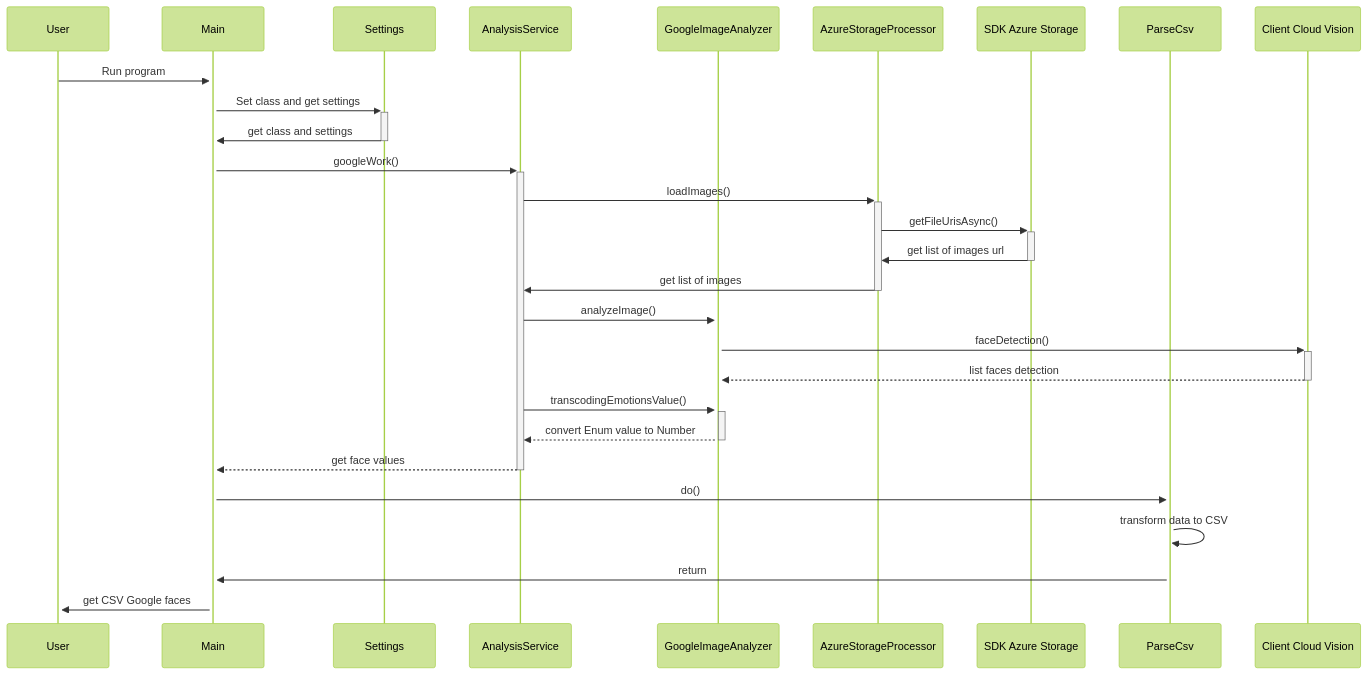
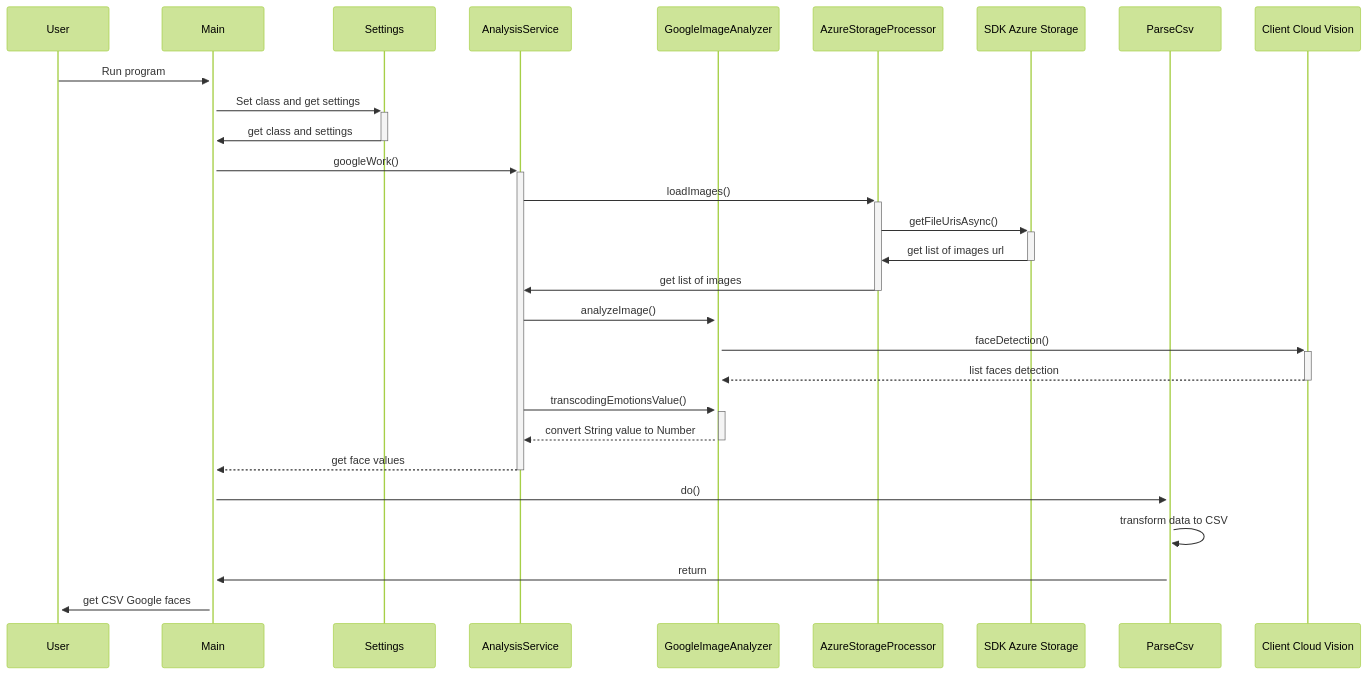
One commit to bslbar/face-recognition changed the diagram in diagrams/GoogleSequenceDiagram.md. Above: the diagram before and after it, drawn with Mermaid (forest theme). The commit also changed 1 other file, not shown here.

Commit message:
edit diagrams

````diff
--- a/diagrams/GoogleSequenceDiagram.md
+++ b/diagrams/GoogleSequenceDiagram.md
@@ -1,30 +1,30 @@
 ```mermaid
 sequenceDiagram
     participant U as User
     participant M as Main
     participant S as Settings
     participant AS as AnalysisService
     participant GIA as GoogleImageAnalyzer
     participant ASP as AzureStorageProcessor
     participant SDKSTORAGE as SDK Azure Storage
     participant PCSV as ParseCsv
     participant GOOGLE as Client Cloud Vision
 	U->>+M: Run program						
 	M->>+S: Set class and get settings 						
 	S->>-M: get class and settings							
 	M->>+AS: googleWork()						
 	AS->>+ASP: loadImages()	
 	ASP->>+SDKSTORAGE: getFileUrisAsync()
     SDKSTORAGE->>-ASP: get list of images url
     ASP->>-AS: get list of images				
 	AS->>+GIA: analyzeImage()					
 	GIA->>+GOOGLE: faceDetection()			
 	GOOGLE-->>-GIA: list faces detection	
     AS->>+GIA: transcodingEmotionsValue()					
-	GIA-->>-AS: convert Enum value to Number								
+	GIA-->>-AS: convert String value to Number								
 	AS-->>-M: get face values
     M->>+PCSV: do()	
     PCSV->>+PCSV: transform data to CSV	
     PCSV->>+M: return	
     M->>+U: get CSV Google faces	
 ```
````
